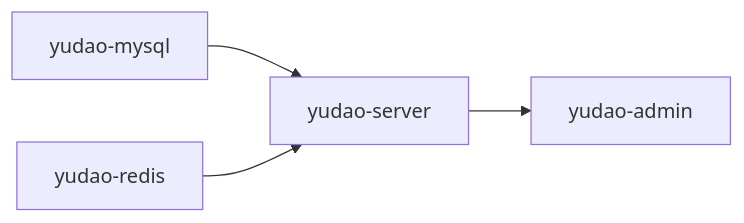
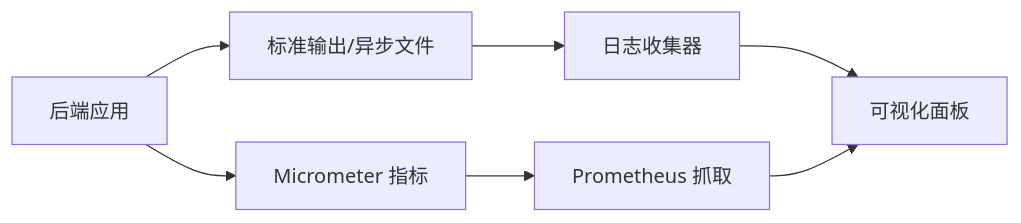
One commit to xiaoche80s-tech/rouyi-vue-pro changed the sixth of 8 diagrams in .qoder/repowiki/zh/content/部署运维/容器化部署.md. Above: the diagram before and after it, drawn with Mermaid. The commit also changed other lines of this file and 840 other files, not shown here.

````diff
--- a/.qoder/repowiki/zh/content/部署运维/容器化部署.md
+++ b/.qoder/repowiki/zh/content/部署运维/容器化部署.md
@@ -199,6 +249,9 @@
 ```mermaid
 graph LR
-mysql["yudao-mysql"] --> server["yudao-server"]
-redis["yudao-redis"] --> server
-server --> admin["yudao-admin"]
+APP["后端应用"] --> LOG["标准输出/异步文件"]
+APP --> METRICS["Micrometer 指标"]
+LOG --> COLLECTOR["日志收集器"]
+METRICS --> PROM["Prometheus 抓取"]
+COLLECTOR --> VIS["可视化面板"]
+PROM --> VIS
 ```
````
